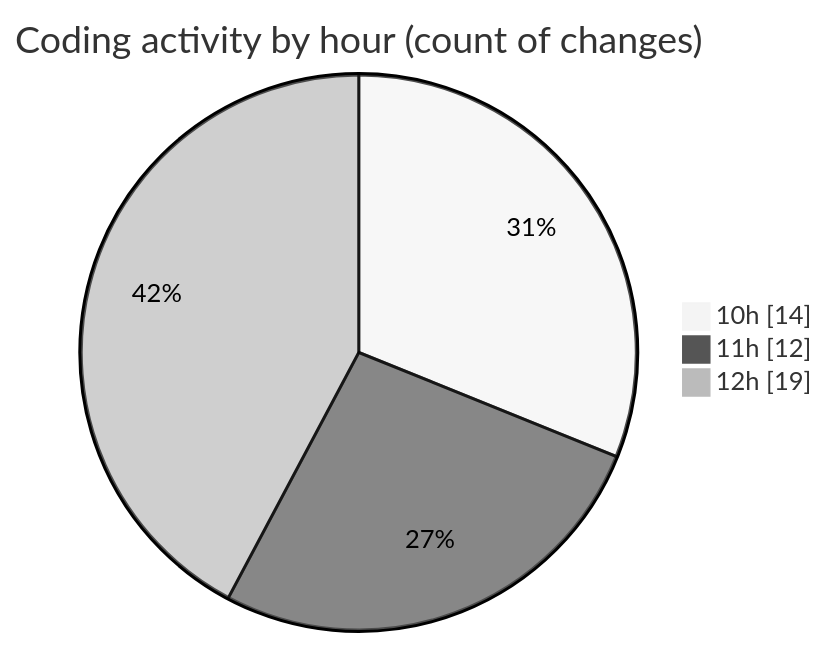
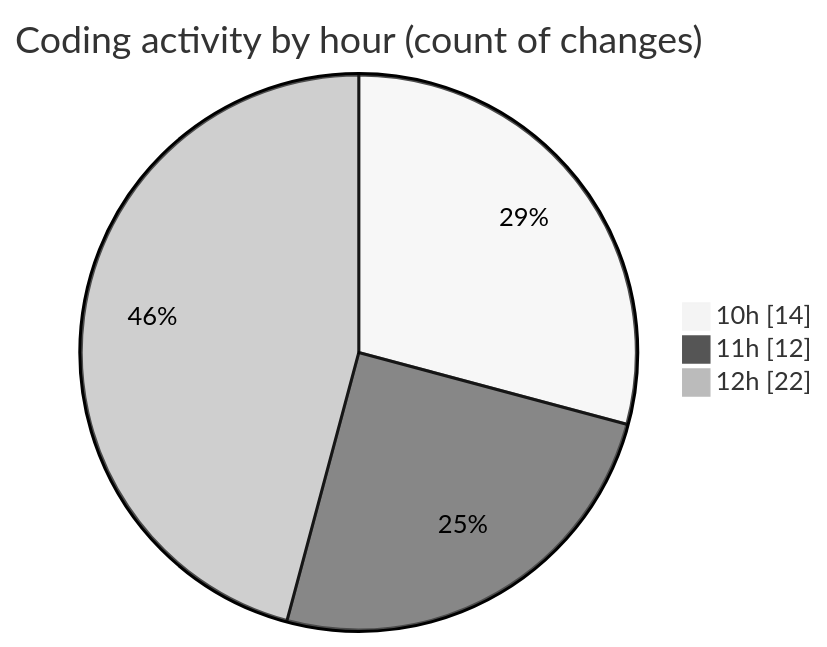
The second of 2 diagrams in 2025-09-29/cda/README.md (momahboobian/code-tracking), drawn with Mermaid (neutral theme) before and after one commit. The commit also changed other lines of this file and 1 other file, not shown here.

````diff
--- a/2025-09-29/cda/README.md
+++ b/2025-09-29/cda/README.md
@@ -37,7 +37,7 @@
 ```mermaid
 pie showData
 title Coding activity by hour (count of changes)
 "10h" : 14
 "11h" : 12
-"12h" : 19
+"12h" : 22
 ```
````
